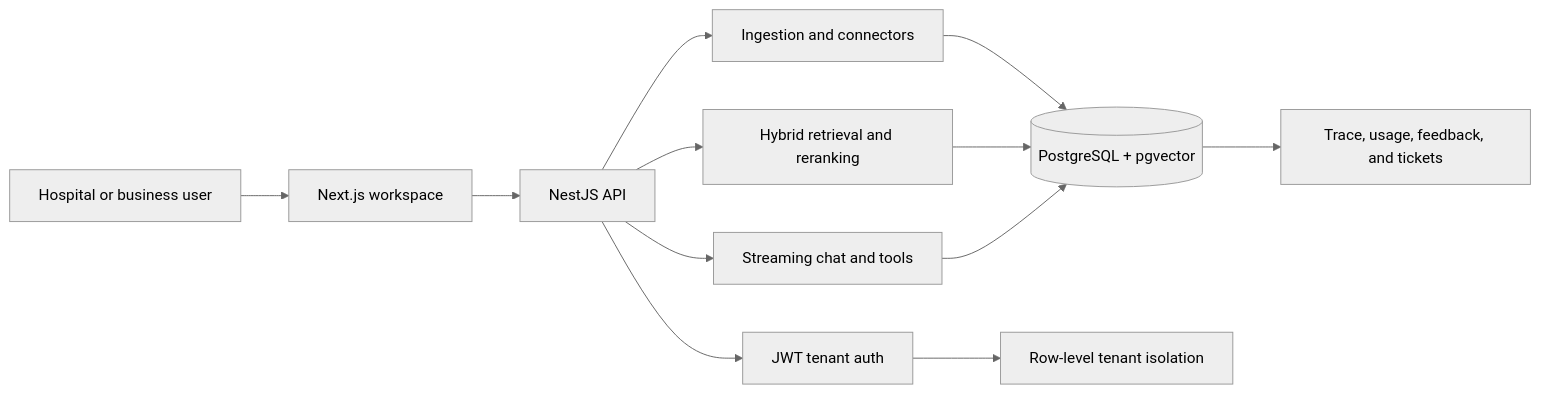
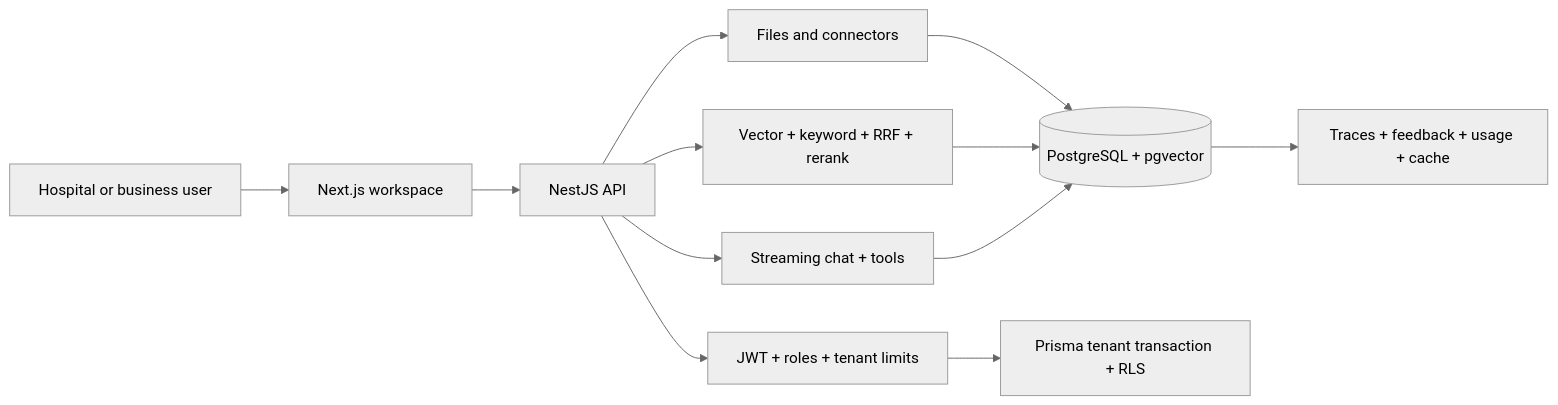
The diagram in README.md (Muhammad-Tayyab1/aegis-rag), drawn with Mermaid (neutral theme) before and after one commit. The commit also changed other lines of this file and 5 other files, not shown here.

````diff
--- a/README.md
+++ b/README.md
@@ -33,14 +39,14 @@
 ```mermaid
 flowchart LR
   U[Hospital or business user] --> W[Next.js workspace]
   W --> A[NestJS API]
-  A --> AUTH[JWT tenant auth]
-  A --> I[Ingestion and connectors]
-  A --> R[Hybrid retrieval and reranking]
-  A --> C[Streaming chat and tools]
+  A --> AUTH[JWT + roles + tenant limits]
+  A --> I[Files and connectors]
+  A --> R[Vector + keyword + RRF + rerank]
+  A --> C[Streaming chat + tools]
   I --> P[(PostgreSQL + pgvector)]
   R --> P
   C --> P
-  P --> T[Trace, usage, feedback, and tickets]
-  AUTH --> RLS[Row-level tenant isolation]
+  P --> O[Traces + feedback + usage + cache]
+  AUTH --> RLS[Prisma tenant transaction + RLS]
 ```
````
